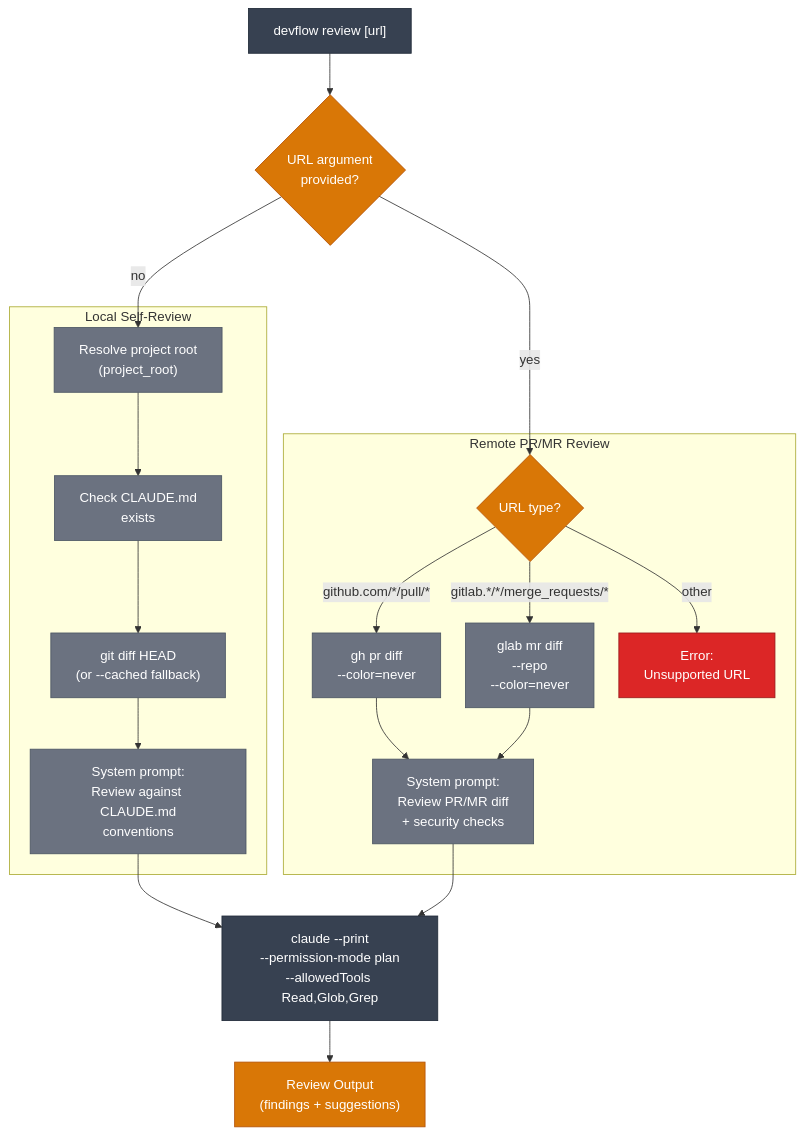
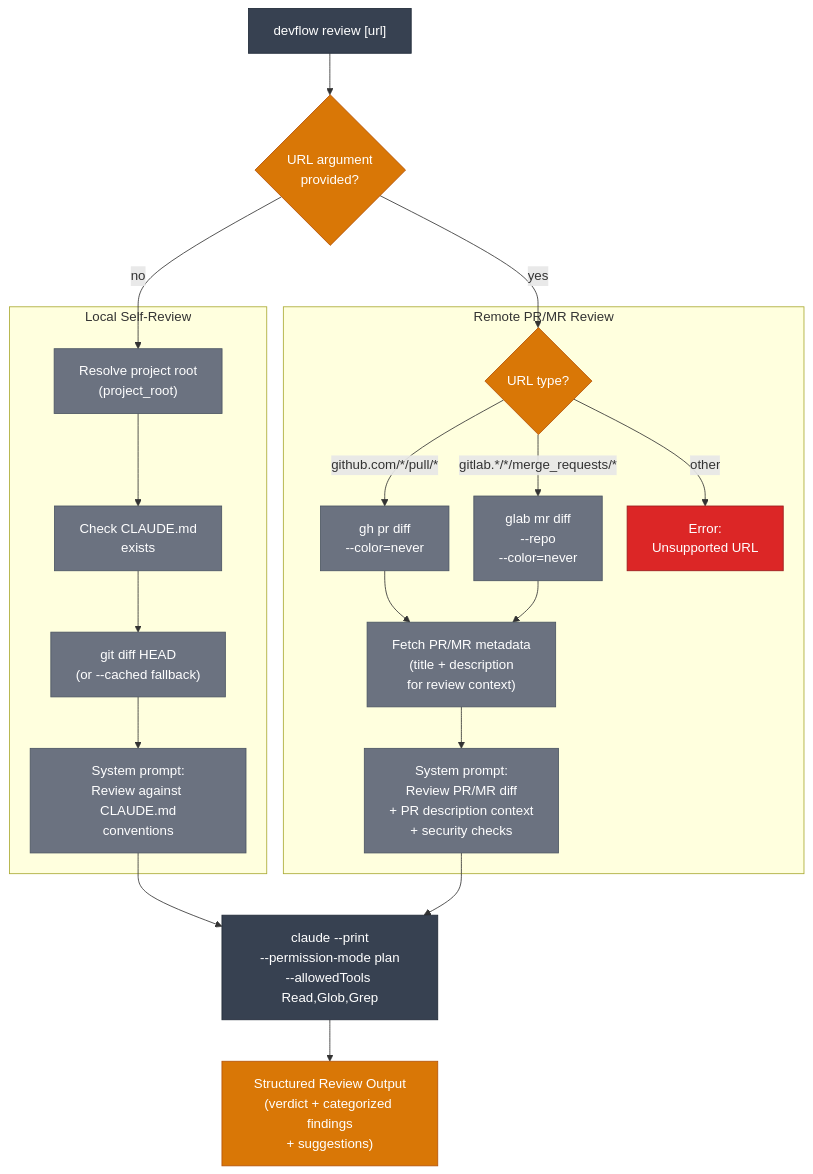
Before and after one commit to AndreJorgeLopes/devflow: the third of 4 diagrams in visualizations/architecture/code-review-architecture.md, drawn with Mermaid. The commit also changed 3 other files, not shown here.

First line of the commit message:
docs: update visualizations for hooks architecture and viz check step

````diff
--- a/visualizations/architecture/code-review-architecture.md
+++ b/visualizations/architecture/code-review-architecture.md
@@ -110,50 +110,52 @@
 ```mermaid
 %%{init: {'flowchart': {'rankSpacing': 50, 'nodeSpacing': 30, 'diagramPadding': 15}}}%%
 flowchart TD
     START["devflow review [url]"]
     HAS_URL{"URL argument\nprovided?"}
 
     subgraph LocalMode [" Local Self-Review "]
         L_PROJ["Resolve project root\n(project_root)"]
         L_CLAUDE["Check CLAUDE.md\nexists"]
         L_DIFF["git diff HEAD\n(or --cached fallback)"]
         L_PROMPT["System prompt:\nReview against CLAUDE.md\nconventions"]
         L_PROJ --> L_CLAUDE --> L_DIFF --> L_PROMPT
     end
 
     subgraph RemoteMode [" Remote PR/MR Review "]
         R_DETECT{"URL type?"}
         R_GH["gh pr diff <url>\n--color=never"]
         R_GL["glab mr diff <number>\n--repo <project-path>\n--color=never"]
         R_FAIL["Error:\nUnsupported URL"]
-        R_PROMPT["System prompt:\nReview PR/MR diff\n+ security checks"]
+        R_INFO["Fetch PR/MR metadata<br/>(title + description<br/>for review context)"]
+        R_PROMPT["System prompt:\nReview PR/MR diff\n+ PR description context\n+ security checks"]
         R_DETECT -->|"github.com/*/pull/*"| R_GH
         R_DETECT -->|"gitlab.*/*/merge_requests/*"| R_GL
         R_DETECT -->|"other"| R_FAIL
-        R_GH --> R_PROMPT
-        R_GL --> R_PROMPT
+        R_GH --> R_INFO
+        R_GL --> R_INFO
+        R_INFO --> R_PROMPT
     end
 
     START --> HAS_URL
     HAS_URL -->|"no"| L_PROJ
     HAS_URL -->|"yes"| R_DETECT
 
     L_PROMPT --> CLAUDE_EXEC
     R_PROMPT --> CLAUDE_EXEC
 
     CLAUDE_EXEC["claude --print\n--permission-mode plan\n--allowedTools Read,Glob,Grep"]
-    CLAUDE_EXEC --> OUTPUT["Review Output\n(findings + suggestions)"]
+    CLAUDE_EXEC --> OUTPUT["Structured Review Output\n(verdict + categorized findings\n+ suggestions)"]
 
     classDef reviewStyle fill:#d97706,color:#fff,stroke:#b45309
     classDef cliStyle fill:#374151,color:#fff,stroke:#1f2937
     classDef errorStyle fill:#dc2626,color:#fff,stroke:#991b1b
     classDef inputStyle fill:#6b7280,color:#fff,stroke:#4b5563
 
     class START cliStyle
     class HAS_URL,R_DETECT reviewStyle
     class L_PROJ,L_CLAUDE,L_DIFF,L_PROMPT inputStyle
-    class R_GH,R_GL,R_PROMPT inputStyle
+    class R_GH,R_GL,R_INFO,R_PROMPT inputStyle
     class CLAUDE_EXEC cliStyle
     class OUTPUT reviewStyle
     class R_FAIL errorStyle
 ```
````
